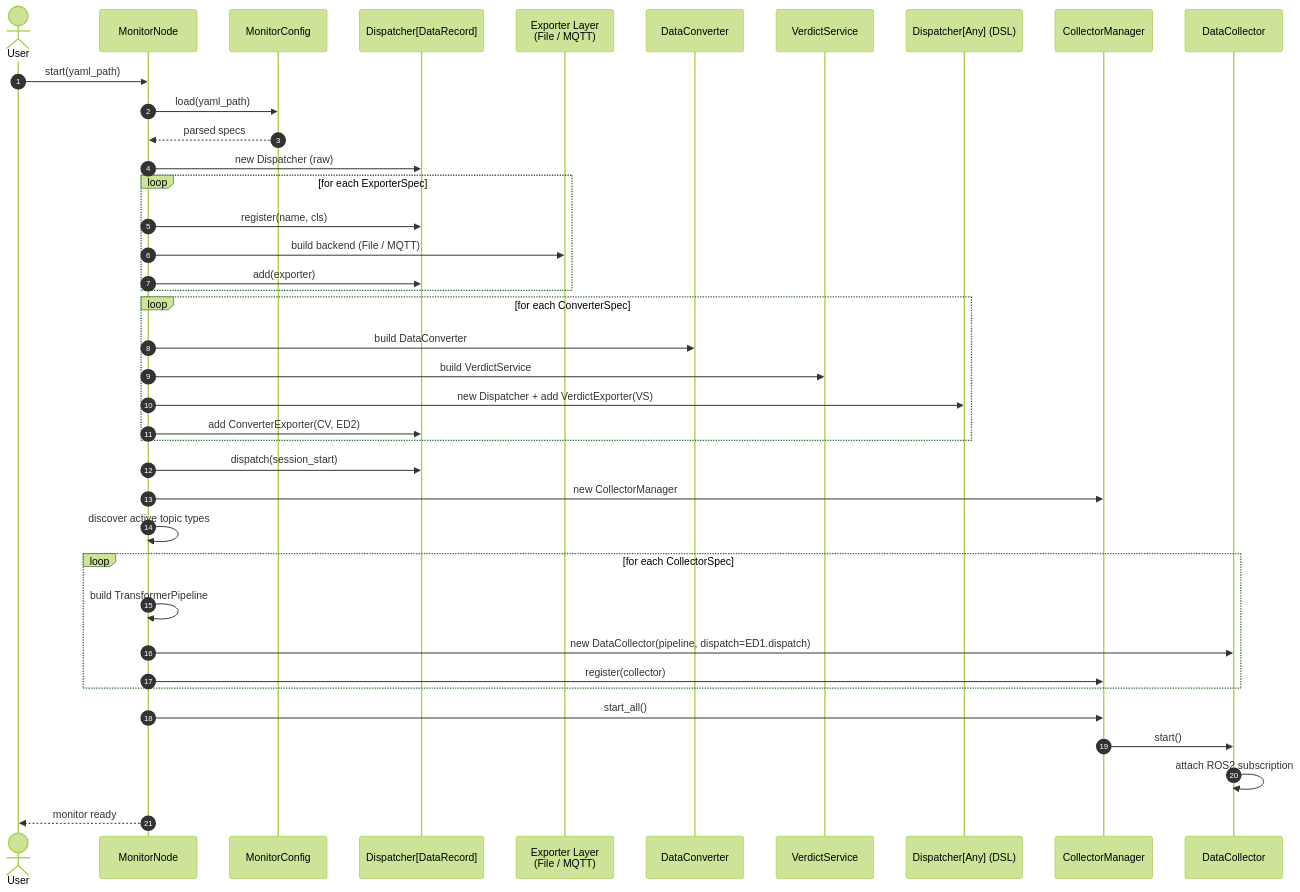
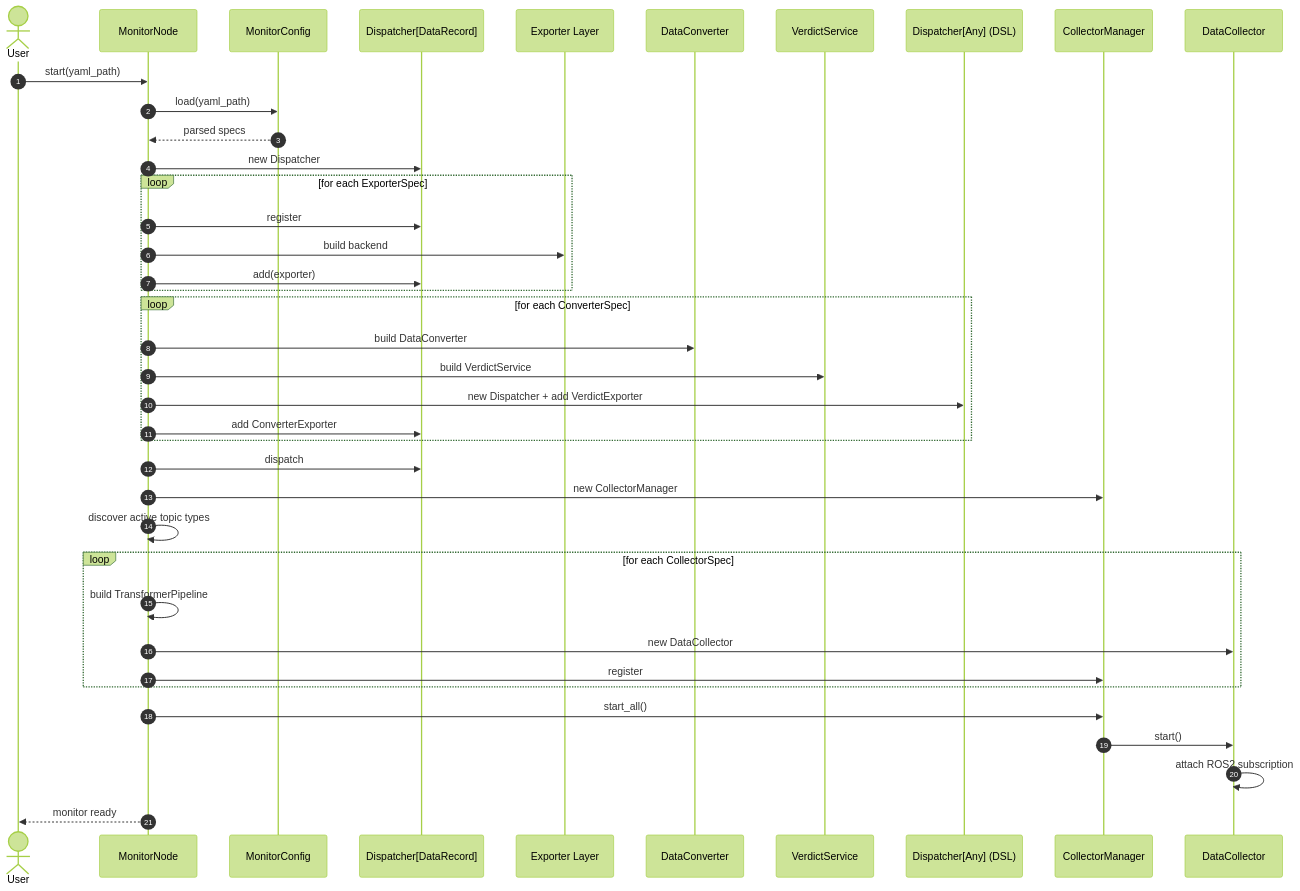
Before and after one commit to Jin-Shikai/ROS2-Monitor-Infra: the diagram in docs/sequence_diagrams/bootstrap.mermaid, drawn with Mermaid (forest theme). The commit also changed 1 other file, not shown here.

Commit message:
add converter layer to sequence diagram

```diff
--- a/docs/sequence_diagrams/bootstrap.mermaid
+++ b/docs/sequence_diagrams/bootstrap.mermaid
@@ -1,46 +1,46 @@
 sequenceDiagram
     autonumber
     actor User
     participant MN as MonitorNode
     participant Cfg as MonitorConfig
     participant ED1 as Dispatcher[DataRecord]
-    participant EXP as Exporter Layer<br/>(File / MQTT)
+    participant EXP as Exporter Layer
     participant CV as DataConverter
     participant VS as VerdictService
     participant ED2 as Dispatcher[Any] (DSL)
     participant CM as CollectorManager
     participant DC as DataCollector
 
     User->>MN: start(yaml_path)
     MN->>Cfg: load(yaml_path)
     Cfg-->>MN: parsed specs
 
-    MN->>ED1: new Dispatcher (raw)
+    MN->>ED1: new Dispatcher
     loop for each ExporterSpec
-        MN->>ED1: register(name, cls)
-        MN->>EXP: build backend (File / MQTT)
+        MN->>ED1: register
+        MN->>EXP: build backend
         MN->>ED1: add(exporter)
     end
 
     loop for each ConverterSpec
         MN->>CV: build DataConverter
         MN->>VS: build VerdictService
-        MN->>ED2: new Dispatcher + add VerdictExporter(VS)
-        MN->>ED1: add ConverterExporter(CV, ED2)
+        MN->>ED2: new Dispatcher + add VerdictExporter
+        MN->>ED1: add ConverterExporter
     end
 
-    MN->>ED1: dispatch(session_start)
+    MN->>ED1: dispatch
     MN->>CM: new CollectorManager
     MN->>MN: discover active topic types
 
     loop for each CollectorSpec
         MN->>MN: build TransformerPipeline
-        MN->>DC: new DataCollector(pipeline, dispatch=ED1.dispatch)
-        MN->>CM: register(collector)
+        MN->>DC: new DataCollector
+        MN->>CM: register
     end
 
     MN->>CM: start_all()
     CM->>DC: start()
     DC->>DC: attach ROS2 subscription
 
     MN-->>User: monitor ready
```
